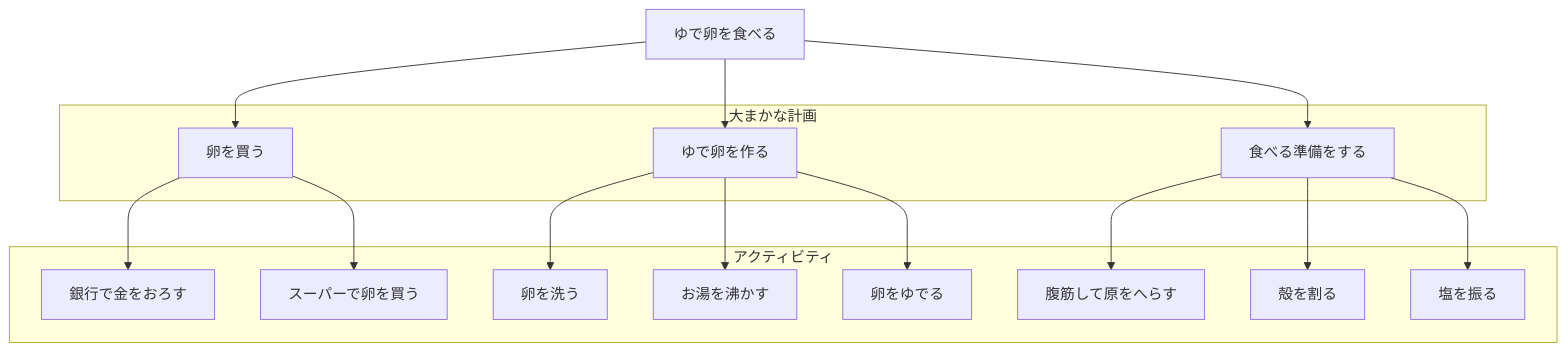
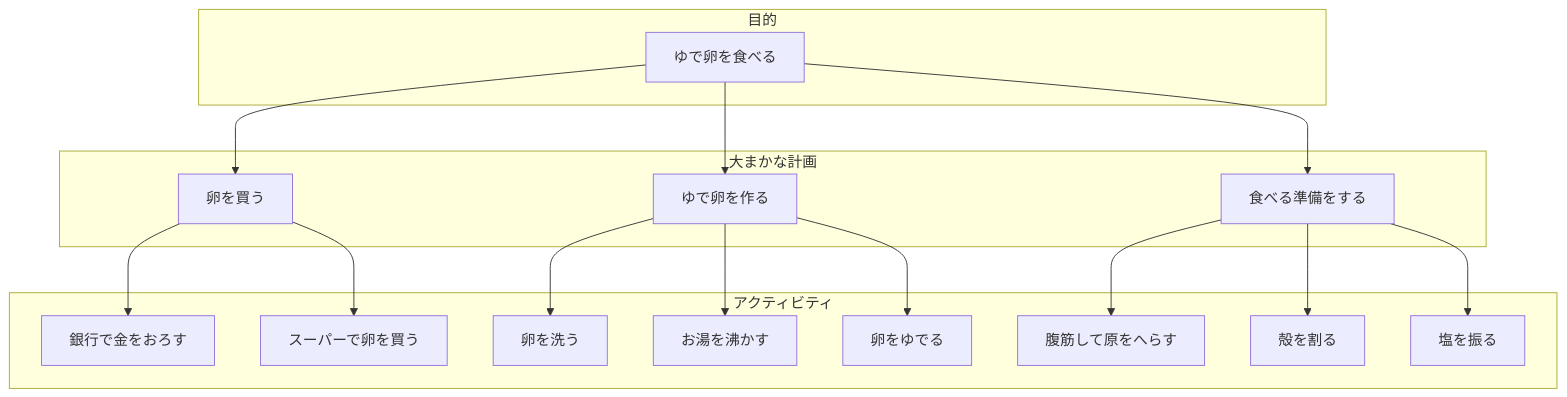
Before and after one commit to yoshidasen/test: the diagram in eat_boild_eggs.md, drawn with Mermaid.

Commit message:
目的の部分を修正しました。

````diff
--- a/eat_boild_eggs.md
+++ b/eat_boild_eggs.md
@@ -1,37 +1,41 @@
 ```mermaid
 flowchart TD
     goal["ゆで卵を食べる"]
     id1["卵を買う"]
     id2["ゆで卵を作る"]
     id3["食べる準備をする"]
     id1-1["銀行で金をおろす"]
     id1-2["スーパーで卵を買う"]
     id2-1["卵を洗う"]
     id2-2["お湯を沸かす"]
     id2-3["卵をゆでる"]
     id3-1["腹筋して原をへらす"]
     id3-2["殻を割る"]
     id3-3["塩を振る"]
 
-    goal --> id1
-    goal --> id2
-    goal --> id3
+    subgraph "目的"
+        goal
+    end
+        goal --> id1
+        goal --> id2
+        goal --> id3
 
     subgraph "大まかな計画"
         id1
         id2
         id3
     end
+    
     subgraph "アクティビティ"
         id1 --> id1-1
         id1 --> id1-2
         id2 --> id2-1
         id2 --> id2-2
         id2 --> id2-3
         id3 --> id3-1
         id3 --> id3-2
         id3 --> id3-3
     end
 
 
 ```
````
